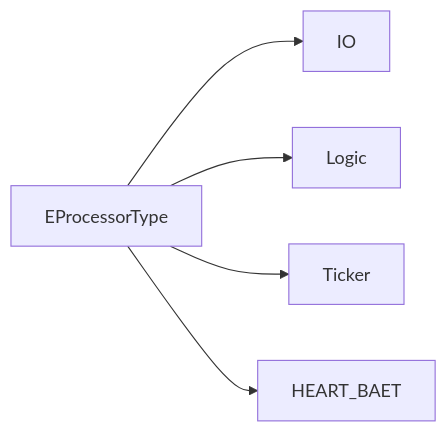
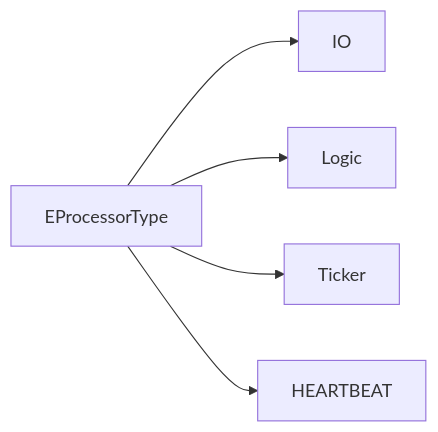
One commit to m5623skhj/ConnectionMultiplexedUDP changed the first of 2 diagrams in Docs/Files/ProcessorBase.md. Above: the diagram before and after it, drawn with Mermaid. The commit also changed other lines of this file and 3 other files, not shown here.

````diff
--- a/Docs/Files/ProcessorBase.md
+++ b/Docs/Files/ProcessorBase.md
@@ -16,7 +16,7 @@
 ```mermaid
 flowchart LR
     EProcessorType --> IO
     EProcessorType --> Logic
     EProcessorType --> Ticker
-    EProcessorType --> Heartbeat["HEART_BAET"]
+    EProcessorType --> Heartbeat["HEARTBEAT"]
 ```
````
